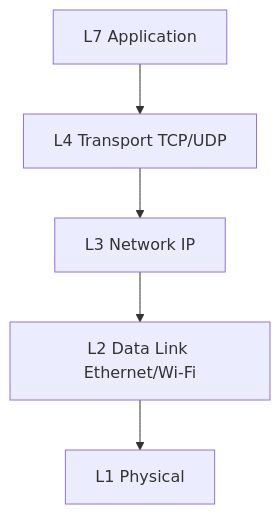
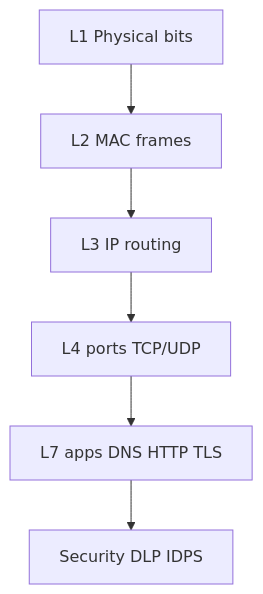
One commit to omnayak27199/pktana changed the diagram in learning/14-knowledge-check.md. Above: the diagram before and after it, drawn with Mermaid. The commit also changed other lines of this file and 14 other files, not shown here.

First line of the commit message:
docs: rewrite Learn path with diagrams, quizzes, and protocol links

````diff
--- a/learning/14-knowledge-check.md
+++ b/learning/14-knowledge-check.md
@@ -9,7 +11,8 @@
 ```mermaid
 flowchart TB
-  L7[L7 Application] --> L4[L4 Transport TCP/UDP]
-  L4 --> L3[L3 Network IP]
-  L3 --> L2[L2 Data Link Ethernet/Wi-Fi]
-  L2 --> L1[L1 Physical]
+  L1[L1 Physical bits] --> L2[L2 MAC frames]
+  L2 --> L3[L3 IP routing]
+  L3 --> L4[L4 ports TCP/UDP]
+  L4 --> L7[L7 apps DNS HTTP TLS]
+  L7 --> Sec[Security DLP IDPS]
 ```
````
